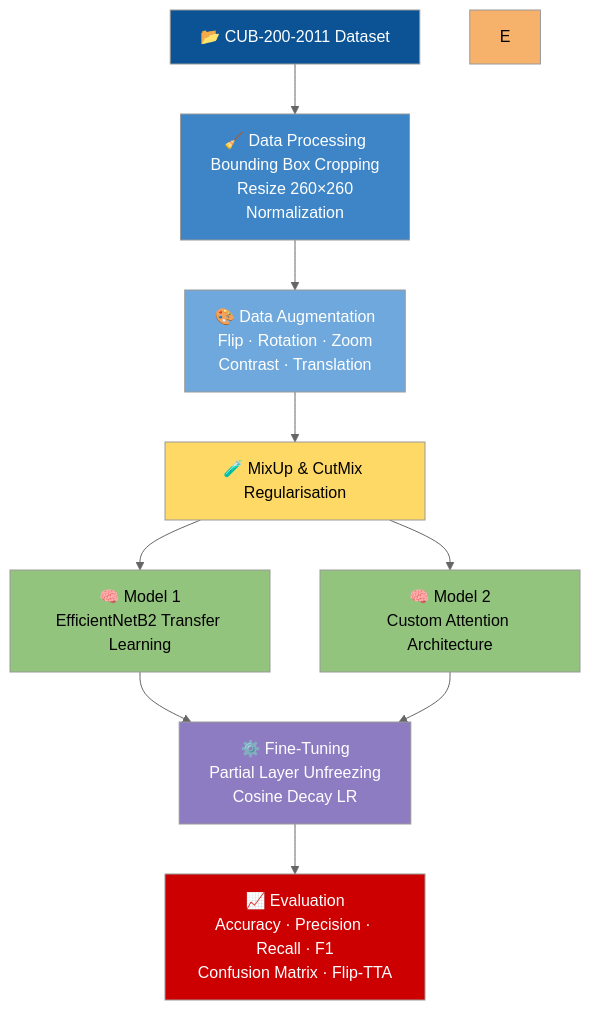
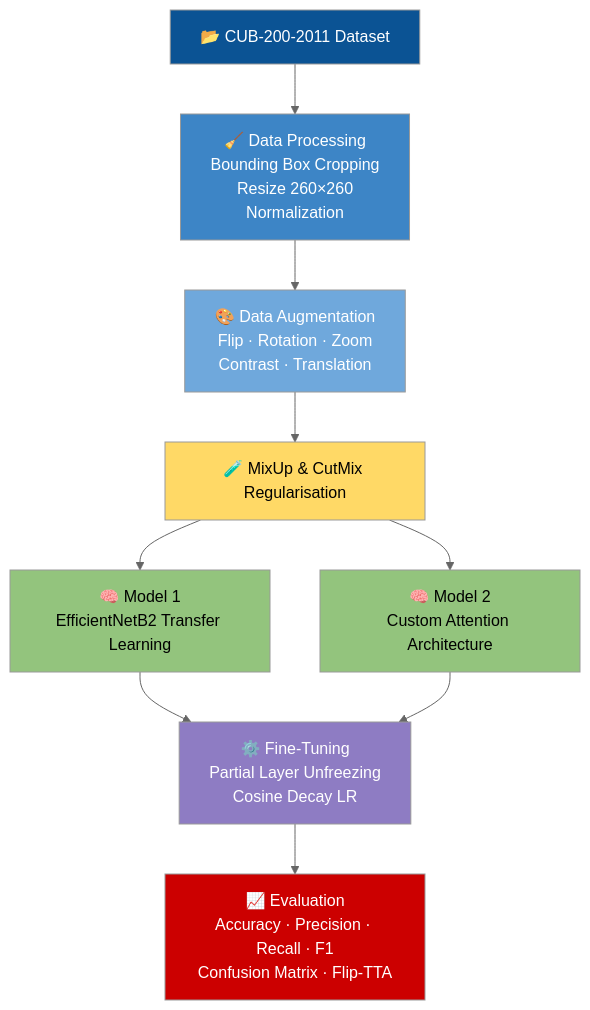
Before and after one commit to ajayadarsh/fine-grained-bird-classification-deep-learning-project: the diagram in README.md, drawn with Mermaid (neutral theme).

````diff
--- a/README.md
+++ b/README.md
@@ -128,32 +128,31 @@
 ```mermaid
 flowchart TD
 
-A[📂 CUB-200-2011 Dataset] --> B
+A["📂 CUB-200-2011 Dataset"] --> B
 
-B[🧹 Data Processing<br/>Bounding Box Cropping<br/>Resize 260×260<br/>Normalization] --> C
+B["🧹 Data Processing<br/>Bounding Box Cropping<br/>Resize 260×260<br/>Normalization"] --> C
 
-C[🎨 Data Augmentation<br/>Flip · Rotation · Zoom<br/>Contrast · Translation] --> D
+C["🎨 Data Augmentation<br/>Flip · Rotation · Zoom<br/>Contrast · Translation"] --> D
 
-D[🧪 MixUp & CutMix Regularisation]
+D["🧪 MixUp & CutMix Regularisation"]
 
 D --> F1
 D --> F2
 
-F1[🧠 Model 1<br/>EfficientNetB2 Transfer Learning] --> H
+F1["🧠 Model 1<br/>EfficientNetB2 Transfer Learning"] --> H
 
-F2[🧠 Model 2<br/>Custom Attention Architecture] --> H
+F2["🧠 Model 2<br/>Custom Attention Architecture"] --> H
 
-H[⚙️ Fine-Tuning<br/>Partial Layer Unfreezing<br/>Cosine Decay LR] --> I
+H["⚙️ Fine-Tuning<br/>Partial Layer Unfreezing<br/>Cosine Decay LR"] --> I
 
-I[📈 Evaluation<br/>Accuracy · Precision · Recall · F1<br/>Confusion Matrix · Flip-TTA]
+I["📈 Evaluation<br/>Accuracy · Precision · Recall · F1<br/>Confusion Matrix · Flip-TTA"]
 
 style A fill:#0B5394,color:#fff
 style B fill:#3D85C6,color:#fff
 style C fill:#6FA8DC,color:#fff
 style D fill:#FFD966,color:#000
-style E fill:#F6B26B,color:#000
 style F1 fill:#93C47D,color:#000
 style F2 fill:#93C47D,color:#000
 style H fill:#8E7CC3,color:#fff
 style I fill:#CC0000,color:#fff
 ```
````
